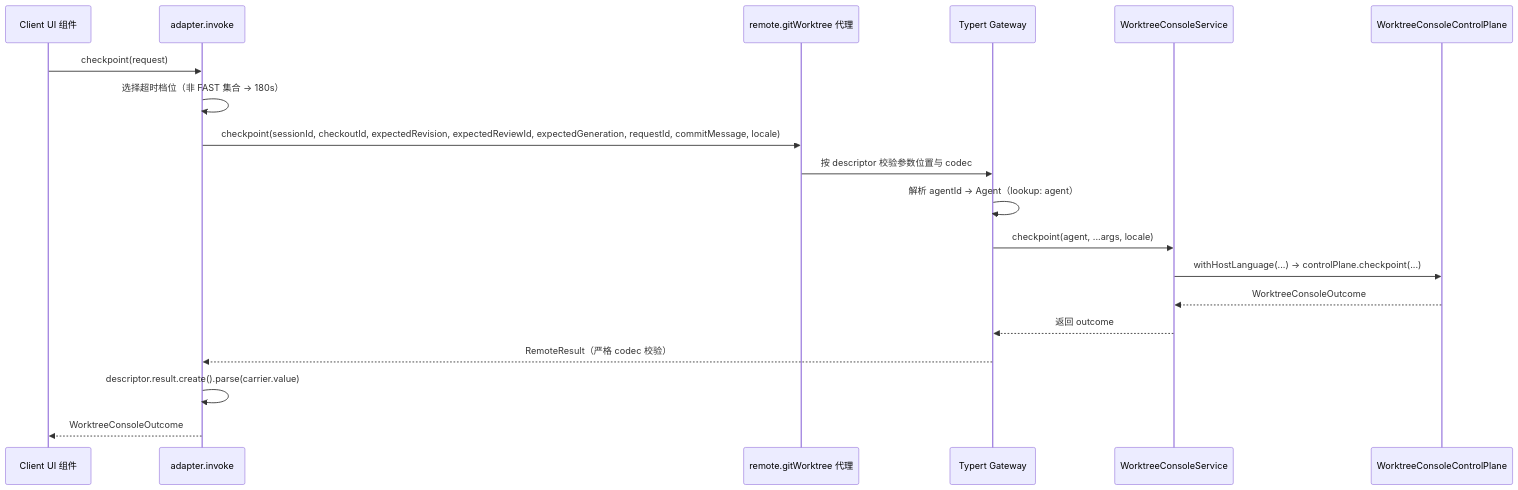
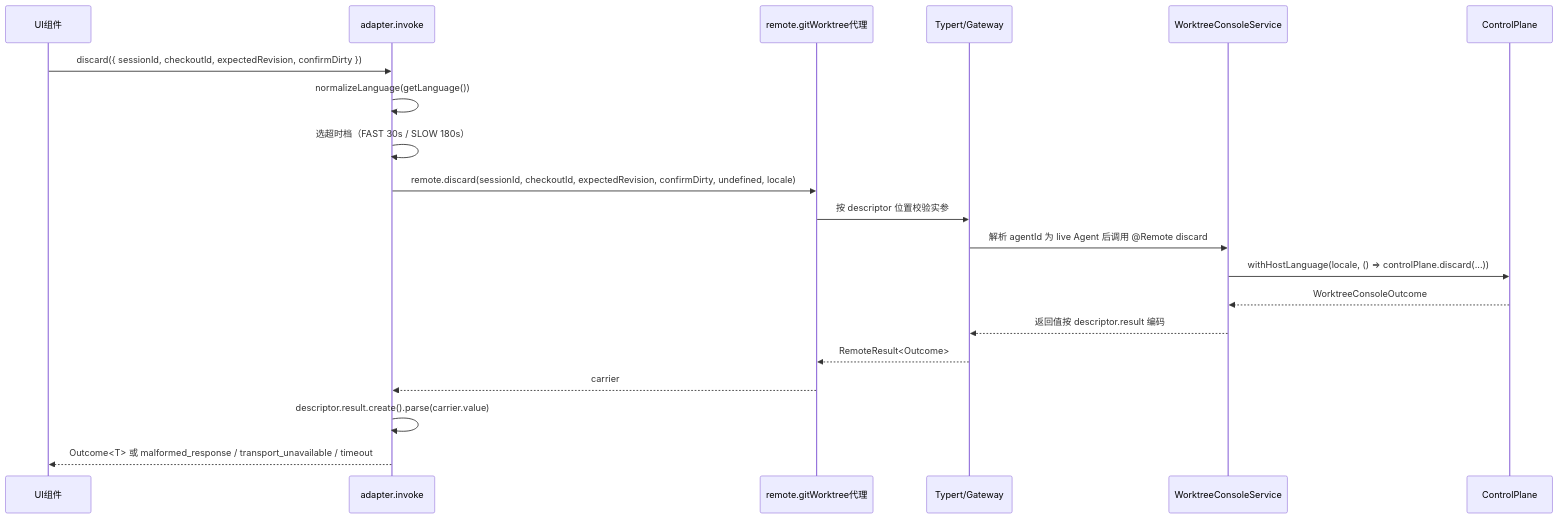
One commit to ikliml666/dsh-git-workspace changed the fourth of 5 diagrams in .codewiki/modules/console-remote.md. Above: the diagram before and after it, drawn with Mermaid. The commit also changed other lines of this file and 117 other files, not shown here.

````diff
--- a/.codewiki/modules/console-remote.md
+++ b/.codewiki/modules/console-remote.md
@@ -343,21 +242,23 @@
 ```mermaid
 sequenceDiagram
-  participant UI as Client UI 组件
-  participant Ad as adapter.invoke
-  participant Px as remote.gitWorktree 代理
-  participant Gw as Typert Gateway
-  participant Svc as WorktreeConsoleService
-  participant CP as WorktreeConsoleControlPlane
-  UI->>Ad: checkpoint(request)
-  Ad->>Ad: 选择超时档位（非 FAST 集合 -> 180s）
-  Ad->>Px: checkpoint(sessionId, checkoutId, expectedRevision, expectedReviewId, expectedGeneration, requestId, commitMessage, locale)
-  Px->>Gw: 按 descriptor 校验参数位置与 codec
-  Gw->>Gw: 解析 agentId -> Agent（lookup: agent）
-  Gw->>Svc: checkpoint(agent, ...args, locale)
-  Svc->>CP: withHostLanguage(...) -> controlPlane.checkpoint(...)
-  CP-->>Svc: WorktreeConsoleOutcome
-  Svc-->>Gw: 返回 outcome
-  Gw-->>Ad: RemoteResult（严格 codec 校验）
-  Ad->>Ad: descriptor.result.create().parse(carrier.value)
-  Ad-->>UI: WorktreeConsoleOutcome
+  participant UI as UI组件
+  participant ADP as adapter.invoke
+  participant PX as remote.gitWorktree代理
+  participant GW as Typert/Gateway
+  participant SVC as WorktreeConsoleService
+  participant CP as ControlPlane
+
+  UI->>ADP: discard({ sessionId, checkoutId, expectedRevision, confirmDirty })
+  ADP->>ADP: normalizeLanguage(getLanguage())
+  ADP->>ADP: 选超时档（FAST 30s / SLOW 180s）
+  ADP->>PX: remote.discard(sessionId, checkoutId, expectedRevision, confirmDirty, undefined, locale)
+  PX->>GW: 按 descriptor 位置校验实参
+  GW->>SVC: 解析 agentId 为 live Agent 后调用 @Remote discard
+  SVC->>CP: withHostLanguage(locale, () => controlPlane.discard(...))
+  CP-->>SVC: WorktreeConsoleOutcome
+  SVC-->>GW: 返回值按 descriptor.result 编码
+  GW-->>PX: RemoteResult<Outcome>
+  PX-->>ADP: carrier
+  ADP->>ADP: descriptor.result.create().parse(carrier.value)
+  ADP-->>UI: Outcome<T> 或 malformed_response / transport_unavailable / timeout
 ```
````
